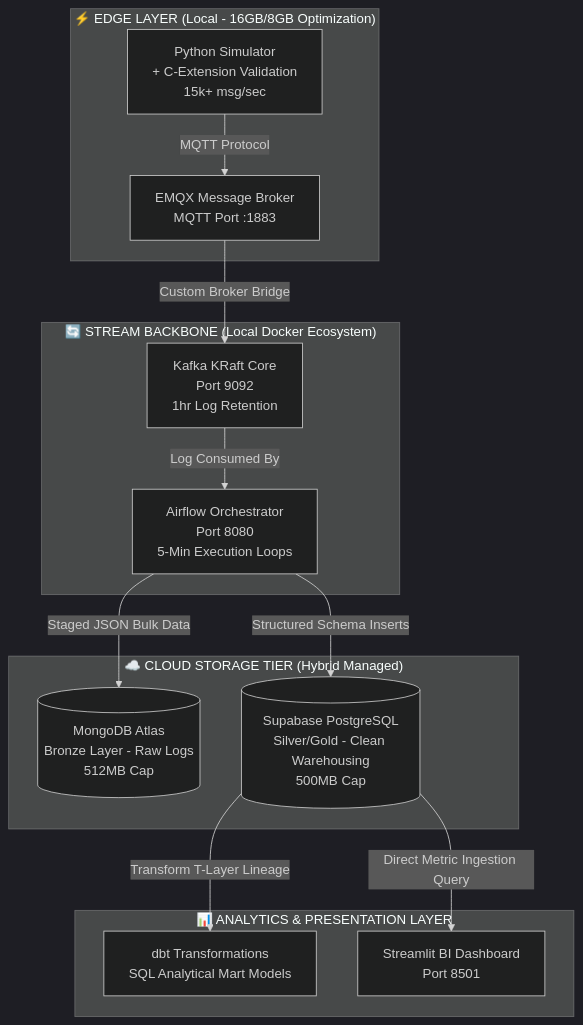
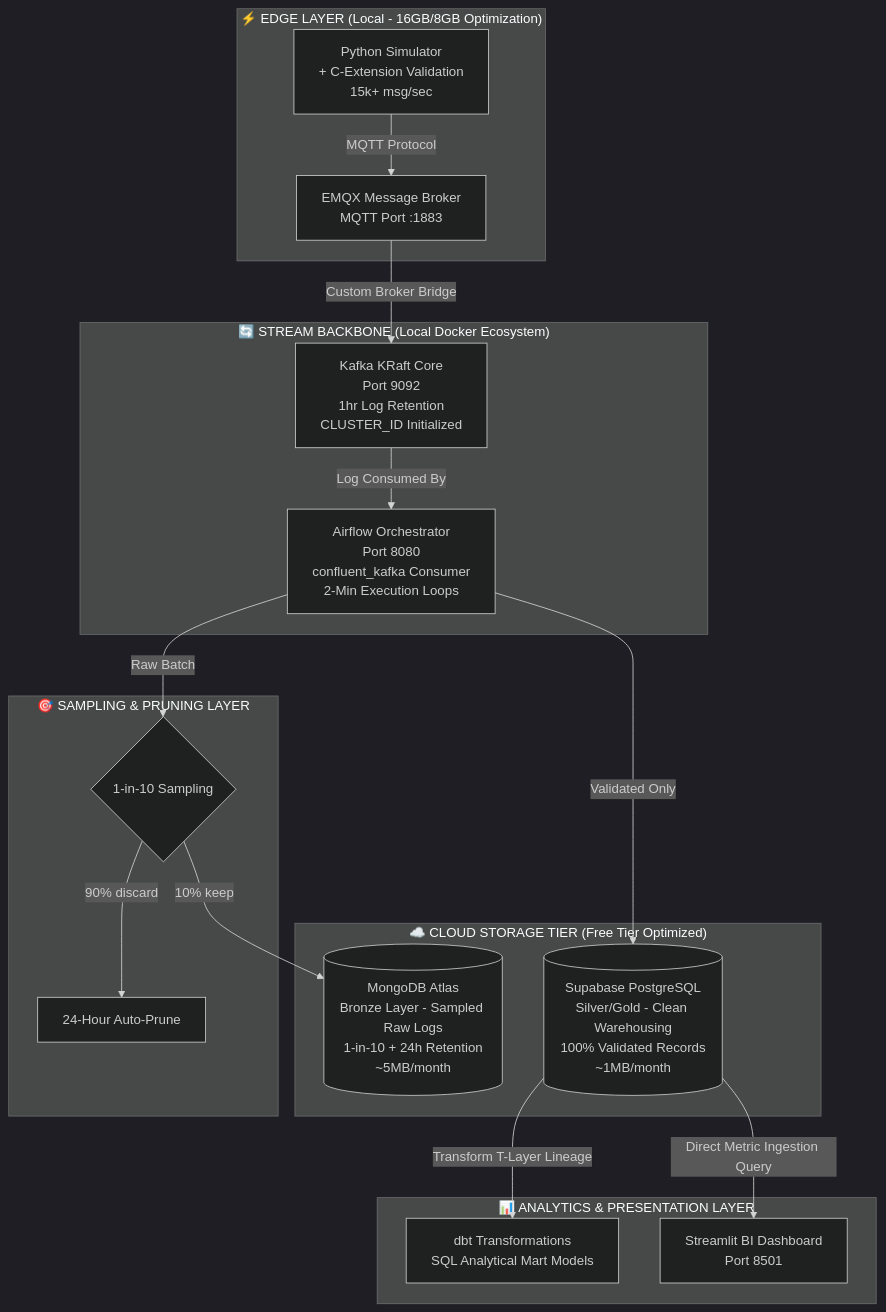
One commit to uchechukwuma/edge-dataops-platform changed the diagram in README.md. Above: the diagram before and after it, drawn with Mermaid (dark theme). The commit also changed other lines of this file and 14 other files, not shown here.

First line of the commit message:
feat(week5): complete cloud integration with MongoDB Atlas and Supabase

````diff
--- a/README.md
+++ b/README.md
@@ -26,30 +25,37 @@
 ```mermaid
 flowchart TB
     subgraph Edge["⚡ EDGE LAYER (Local - 16GB/8GB Optimization)"]
         Sensor[Python Simulator<br/>+ C-Extension Validation<br/>15k+ msg/sec]
         EMQX[EMQX Message Broker<br/>MQTT Port :1883]
     end
 
     subgraph Backbone["🔄 STREAM BACKBONE (Local Docker Ecosystem)"]
-        Kafka[Kafka KRaft Core<br/>Port 9092<br/>1hr Log Retention]
-        Airflow[Airflow Orchestrator<br/>Port 8080<br/>5-Min Execution Loops]
+        Kafka[Kafka KRaft Core<br/>Port 9092<br/>1hr Log Retention<br/>CLUSTER_ID Initialized]
+        Airflow[Airflow Orchestrator<br/>Port 8080<br/>confluent_kafka Consumer<br/>2-Min Execution Loops]
     end
 
-    subgraph Cloud["☁️ CLOUD STORAGE TIER (Hybrid Managed)"]
-        MongoDB[(MongoDB Atlas<br/>Bronze Layer - Raw Logs<br/>512MB Cap)]
-        Supabase[(Supabase PostgreSQL<br/>Silver/Gold - Clean Warehousing<br/>500MB Cap)]
+    subgraph Sampling["🎯 SAMPLING & PRUNING LAYER"]
+        Decision{1-in-10 Sampling}
+        Prune[24-Hour Auto-Prune]
+    end
+
+    subgraph Cloud["☁️ CLOUD STORAGE TIER (Free Tier Optimized)"]
+        MongoDB[(MongoDB Atlas<br/>Bronze Layer - Sampled Raw Logs<br/>1-in-10 + 24h Retention<br/>~5MB/month)]
+        Supabase[(Supabase PostgreSQL<br/>Silver/Gold - Clean Warehousing<br/>100% Validated Records<br/>~1MB/month)]
     end
 
     subgraph Analytics["📊 ANALYTICS & PRESENTATION LAYER"]
         dbt[dbt Transformations<br/>SQL Analytical Mart Models]
         Streamlit[Streamlit BI Dashboard<br/>Port 8501]
     end
 
     Sensor -->|MQTT Protocol| EMQX
     EMQX -->|Custom Broker Bridge| Kafka
     Kafka -->|Log Consumed By| Airflow
-    Airflow -->|Staged JSON Bulk Data| MongoDB
-    Airflow -->|Structured Schema Inserts| Supabase
+    Airflow -->|Raw Batch| Decision
+    Decision -->|90% discard| Prune
+    Decision -->|10% keep| MongoDB
+    Airflow -->|Validated Only| Supabase
     Supabase -->|Transform T-Layer Lineage| dbt
     Supabase -->|Direct Metric Ingestion Query| Streamlit
 ```
````
